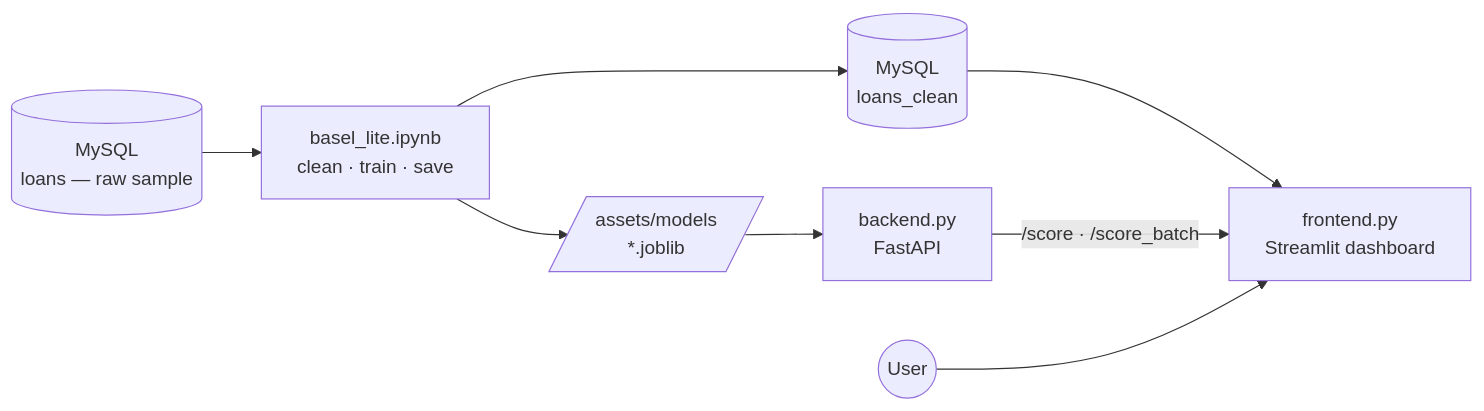
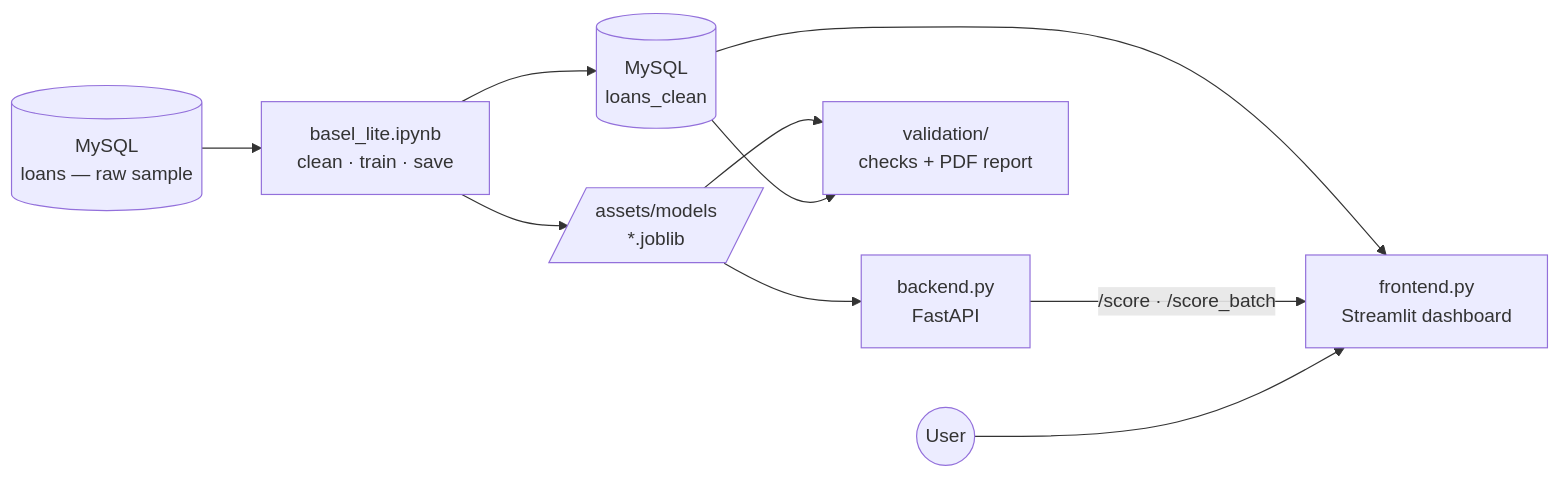
Before and after one commit to Ailya-Shah/basel_lite: the diagram in README.md, drawn with Mermaid. The commit also changed other lines of this file and 8 other files, not shown here.

First line of the commit message:
Implement validation framework with tests and PDF report generation

````diff
--- a/README.md
+++ b/README.md
@@ -111,10 +167,12 @@
 ```mermaid
 flowchart LR
     L[(MySQL<br/>loans — raw sample)] --> B[basel_lite.ipynb<br/>clean · train · save]
     B --> Lc[(MySQL<br/>loans_clean)]
     B --> C[/assets/models<br/>*.joblib/]
     C --> D[backend.py<br/>FastAPI]
     Lc --> E[frontend.py<br/>Streamlit dashboard]
+    C --> V[validation/<br/>checks + PDF report]
+    Lc --> V
     D -->|/score · /score_batch| E
     U((User)) --> E
 ```
````
